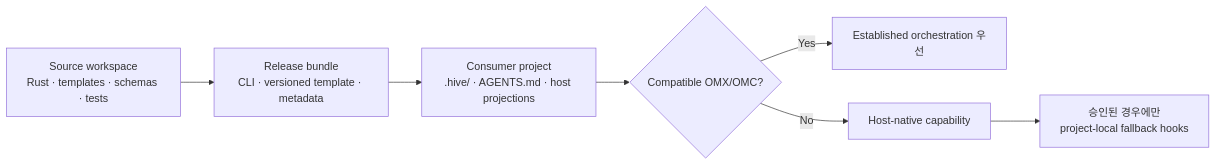
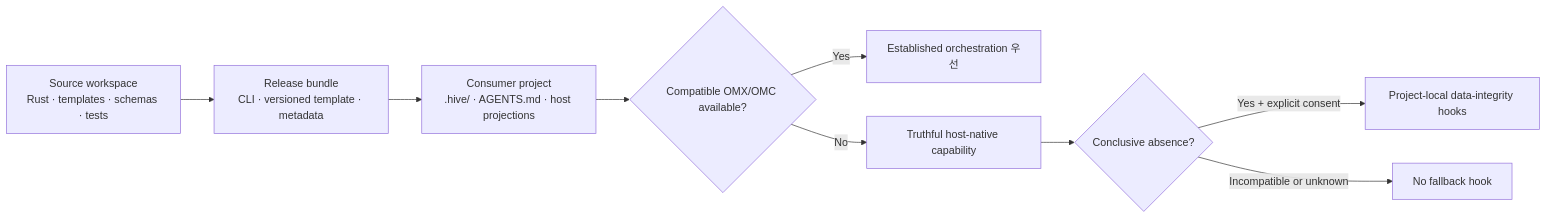
One commit to gvm1229/aigent-hive changed the diagram in README.md. Above: the diagram before and after it, drawn with Mermaid. The commit also changed other lines of this file and 53 other files, not shown here.

````diff
--- a/README.md
+++ b/README.md
@@ -61,10 +61,12 @@
 ```mermaid
 flowchart LR
     A["Source workspace<br/>Rust · templates · schemas · tests"] --> B["Release bundle<br/>CLI · versioned template · metadata"]
     B --> C["Consumer project<br/>.hive/ · AGENTS.md · host projections"]
 
-    C --> D{"Compatible OMX/OMC?"}
+    C --> D{"Compatible OMX/OMC available?"}
     D -->|Yes| E["Established orchestration 우선"]
-    D -->|No| F["Host-native capability"]
-    F --> G["승인된 경우에만<br/>project-local fallback hooks"]
+    D -->|No| F["Truthful host-native capability"]
+    F --> G{"Conclusive absence?"}
+    G -->|Yes + explicit consent| H["Project-local data-integrity hooks"]
+    G -->|Incompatible or unknown| I["No fallback hook"]
 ```
````
